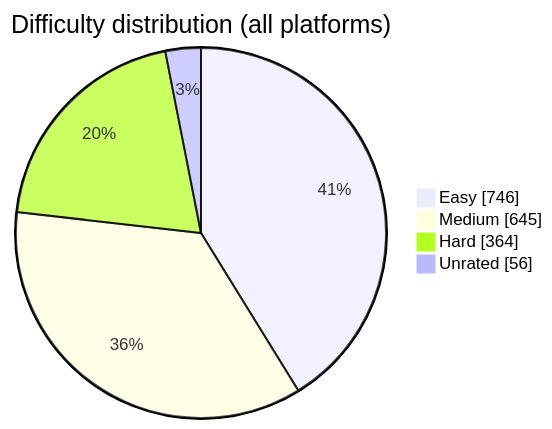
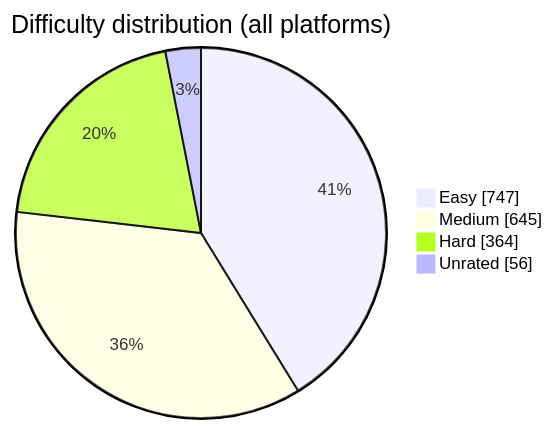
The diagram in README.md (BuildbyArindam/Daily-Coding-Log), drawn with Mermaid before and after one commit. The commit also changed other lines of this file, not shown here.

````diff
--- a/README.md
+++ b/README.md
@@ -108,7 +108,7 @@
 ```mermaid
 pie showData title Difficulty distribution (all platforms)
-    "Easy" : 746
+    "Easy" : 747
     "Medium" : 645
     "Hard" : 364
     "Unrated" : 56
 ```
````
